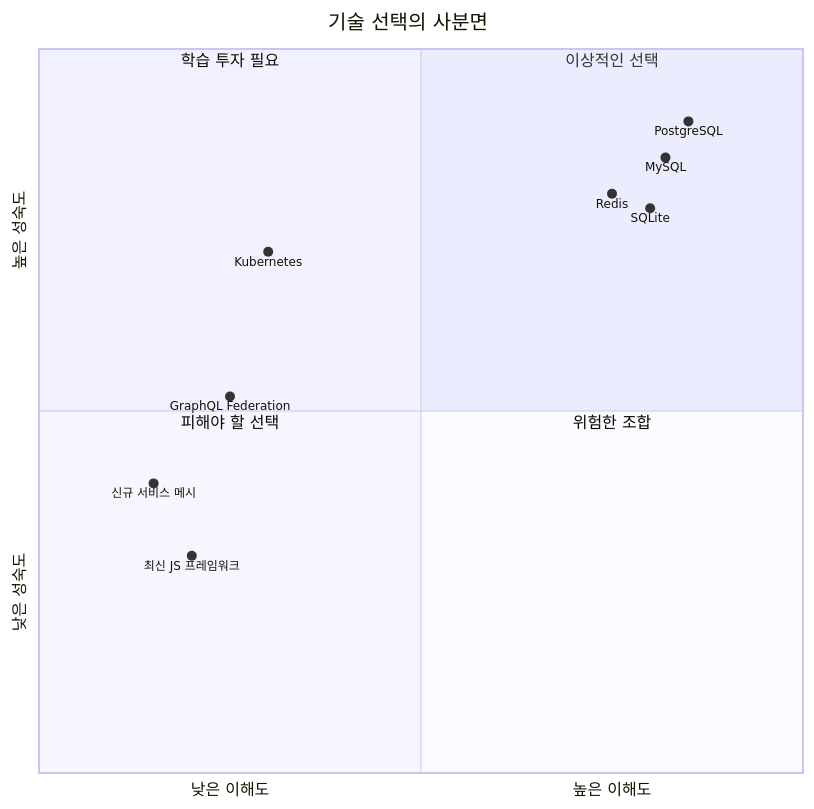
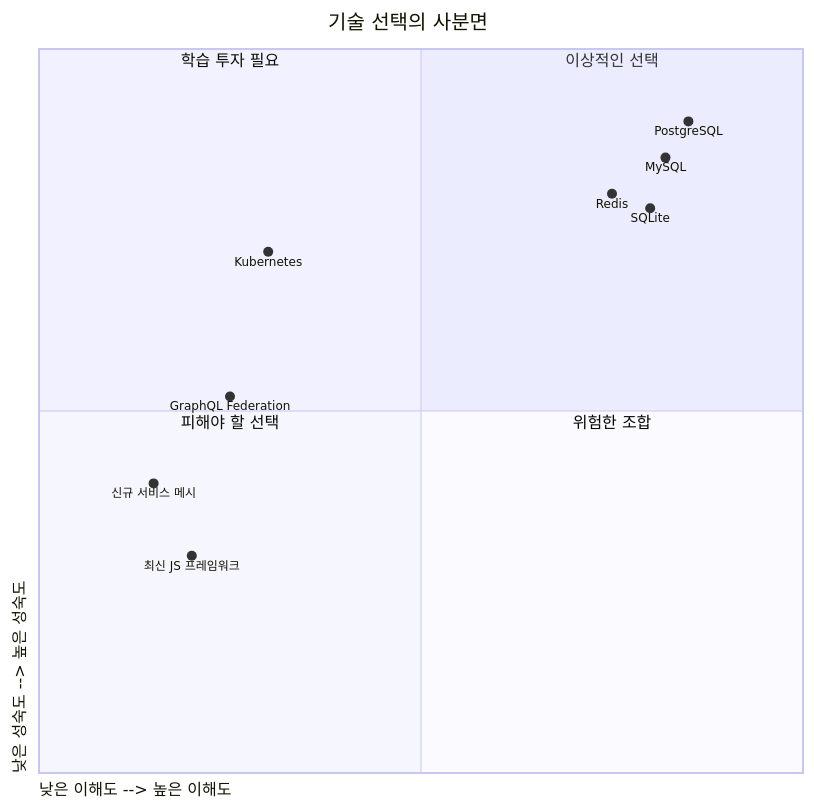
The third of 8 diagrams in _posts/2026-06-04-gn#360-—-기술-선택의-감각을-잃지-않기.md (k82022603/k82022603.github.io), drawn with Mermaid before and after one commit. The commit also changed 1 other file, not shown here.

Commit message:
auto: sync wiki to blog [2026-06-04 15:58:19]

````diff
--- a/_posts/2026-06-04-gn#360-—-기술-선택의-감각을-잃지-않기.md
+++ b/_posts/2026-06-04-gn#360-—-기술-선택의-감각을-잃지-않기.md
@@ -150,27 +150,27 @@
 ```mermaid
 ---
 config:
   quadrantChart:
     chartWidth: 800
     chartHeight: 800
   themeVariables:
     quadrant1TextFill: "ff0000"
 ---
 
 quadrantChart
     title 기술 선택의 사분면
-    x-axis 낮은 이해도 --> 높은 이해도
-    y-axis 낮은 성숙도 --> 높은 성숙도
-    quadrant-1 이상적인 선택
-    quadrant-2 학습 투자 필요
-    quadrant-3 피해야 할 선택
-    quadrant-4 위험한 조합
-    PostgreSQL: [0.85, 0.90]
-    MySQL: [0.82, 0.85]
-    Redis: [0.75, 0.80]
-    SQLite: [0.80, 0.78]
-    Kubernetes: [0.30, 0.72]
-    GraphQL Federation: [0.25, 0.52]
-    최신 JS 프레임워크: [0.20, 0.30]
-    신규 서비스 메시: [0.15, 0.40]
+    x-axis "낮은 이해도 --> 높은 이해도"
+    y-axis "낮은 성숙도 --> 높은 성숙도"
+    quadrant-1 "이상적인 선택"
+    quadrant-2 "학습 투자 필요"
+    quadrant-3 "피해야 할 선택"
+    quadrant-4 "위험한 조합"
+    "PostgreSQL": [0.85, 0.90]
+    "MySQL": [0.82, 0.85]
+    "Redis": [0.75, 0.80]
+    "SQLite": [0.80, 0.78]
+    "Kubernetes": [0.30, 0.72]
+    "GraphQL Federation": [0.25, 0.52]
+    "최신 JS 프레임워크": [0.20, 0.30]
+    "신규 서비스 메시": [0.15, 0.40]
 ```
````
